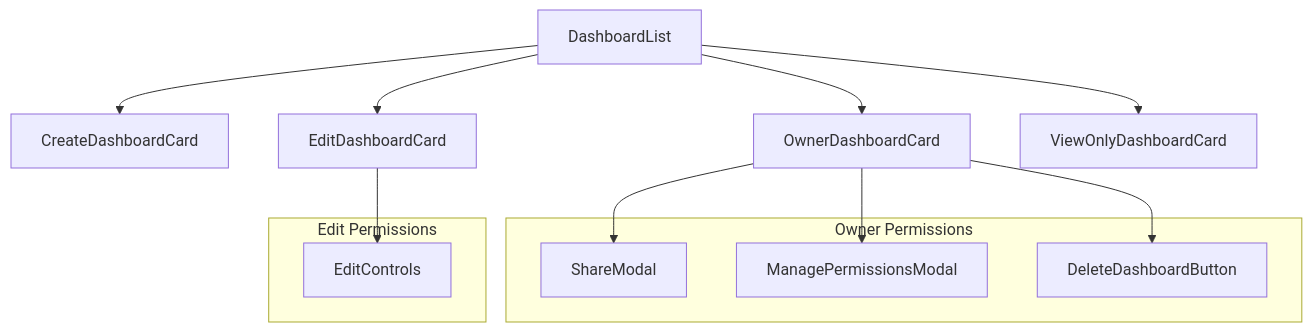
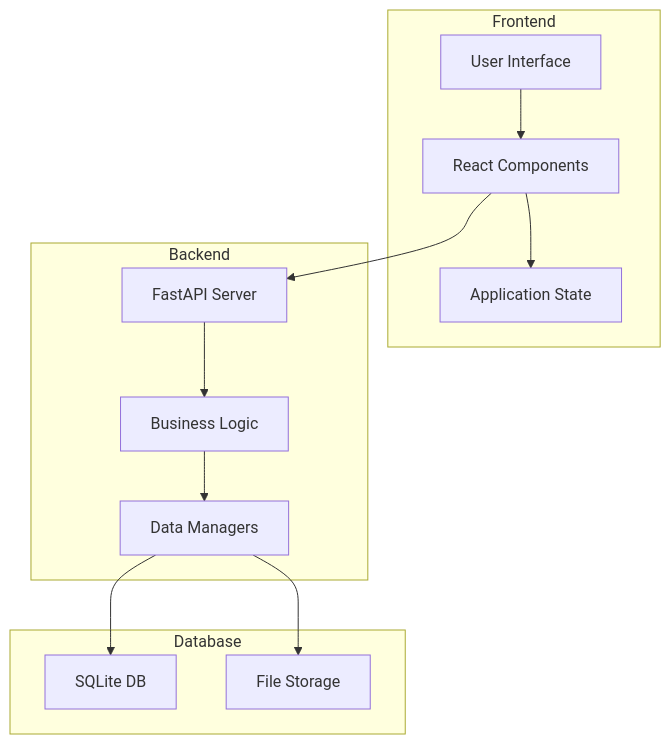
The first of 13 diagrams in README.md (kneevin/TEAM3_REPO), drawn with Mermaid before and after one commit. The commit also changed other lines of this file, not shown here.

````diff
--- a/README.md
+++ b/README.md
@@ -180,23 +9,26 @@
 ```mermaid
-graph TD
-    DL[DashboardList] --> CDC[CreateDashboardCard]
-    DL --> ODC[OwnerDashboardCard]
-    DL --> EDC[EditDashboardCard]
-    DL --> VDC[ViewOnlyDashboardCard]
-    
-    ODC --> SM[ShareModal]
-    ODC --> MPM[ManagePermissionsModal]
-    ODC --> DDB[DeleteDashboardButton]
-    
-    EDC --> EC[EditControls]
-    
-    subgraph "Owner Permissions"
-        SM
-        MPM
-        DDB
+graph TB
+    subgraph Frontend
+        UI[User Interface]
+        RC[React Components]
+        AS[Application State]
+    end
+    subgraph Backend
+        API[FastAPI Server]
+        BL[Business Logic]
+        DM[Data Managers]
+    end
+    subgraph Database
+        SQL[SQLite DB]
+        FS[File Storage]
     end
     
-    subgraph "Edit Permissions"
-        EC
-    end
+ %% Connections
+UI --> RC
+RC --> AS
+RC --> API
+API --> BL
+BL --> DM
+DM --> SQL
+DM --> FS
 ```
````
